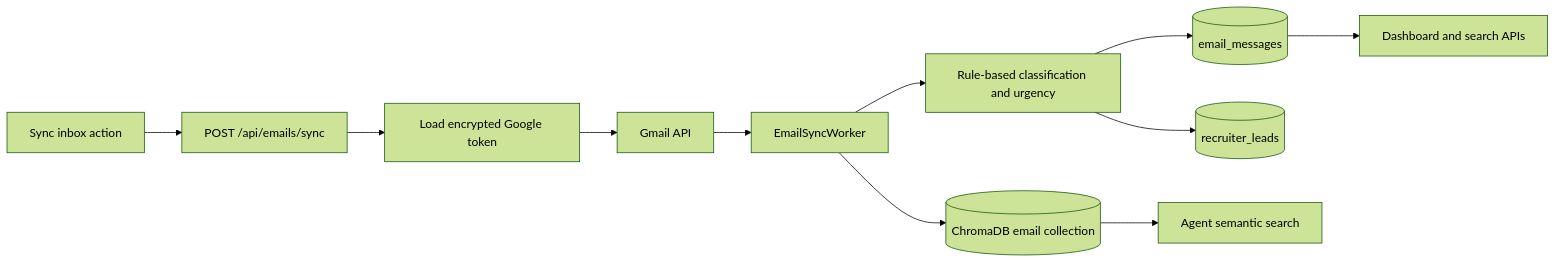
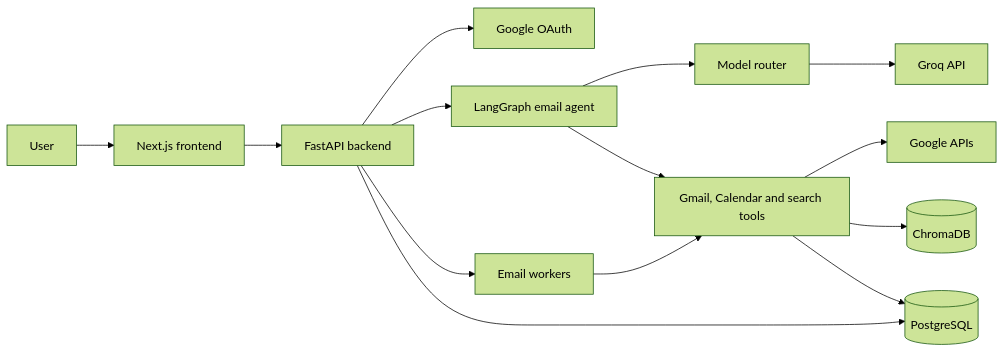
One commit to suchit-10/EmailAgent changed the first of 3 diagrams in docs/architecture.md. Above: the diagram before and after it, drawn with Mermaid (forest theme). The commit also changed other lines of this file, not shown here.

Commit message:
Simplify architecture diagrams

````diff
--- a/docs/architecture.md
+++ b/docs/architecture.md
@@ -166,13 +5,20 @@
 ```mermaid
 flowchart LR
-  syncButton[Sync inbox action] --> emailApi[POST /api/emails/sync]
-  emailApi --> token[Load encrypted Google token]
-  token --> gmail[Gmail API]
-  gmail --> worker[EmailSyncWorker]
-  worker --> classify[Rule-based classification and urgency]
-  classify --> messages[(email_messages)]
-  classify --> leads[(recruiter_leads)]
-  worker --> embeddings[(ChromaDB email collection)]
-  messages --> dashboard[Dashboard and search APIs]
-  embeddings --> agentSearch[Agent semantic search]
+  user[User] --> web[Next.js frontend]
+  web --> api[FastAPI backend]
+
+  api --> auth[Google OAuth]
+  api --> agent[LangGraph email agent]
+  api --> workers[Email workers]
+  api --> db[(PostgreSQL)]
+
+  agent --> llm[Model router]
+  llm --> groq[Groq API]
+
+  agent --> tools[Gmail, Calendar and search tools]
+  workers --> tools
+
+  tools --> google[Google APIs]
+  tools --> vector[(ChromaDB)]
+  tools --> db
 ```
````
